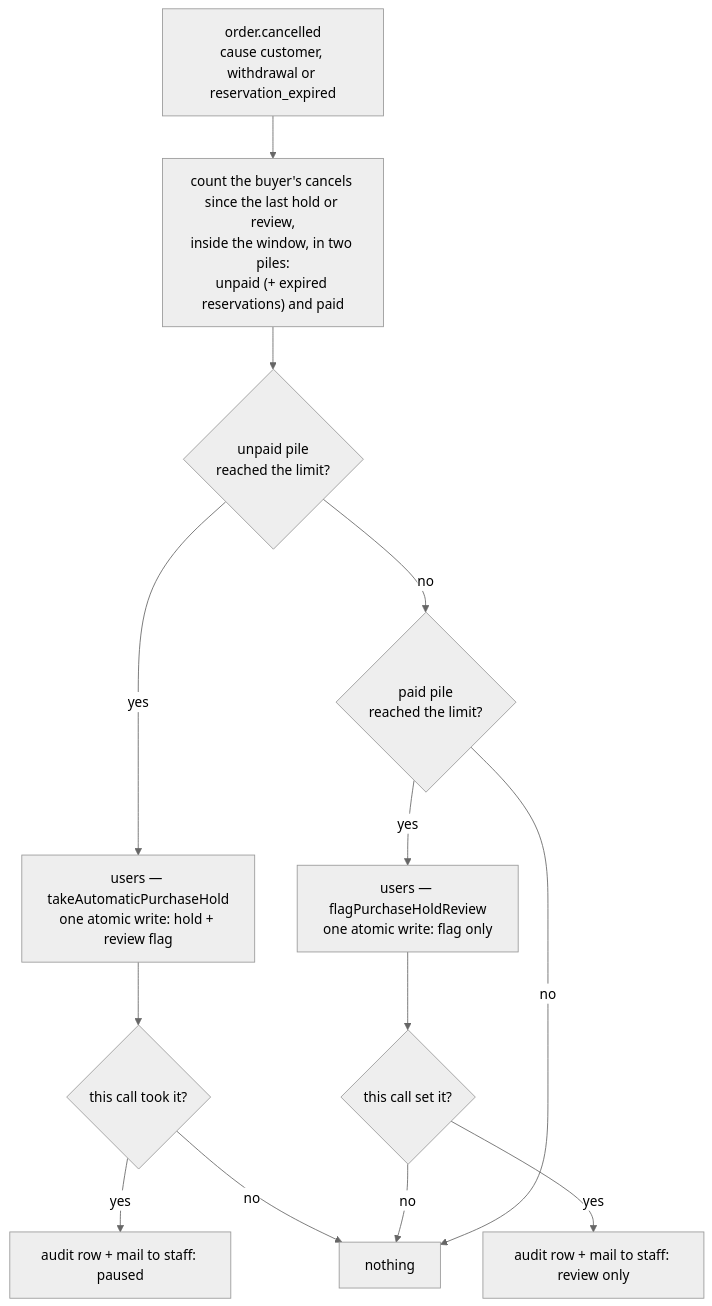
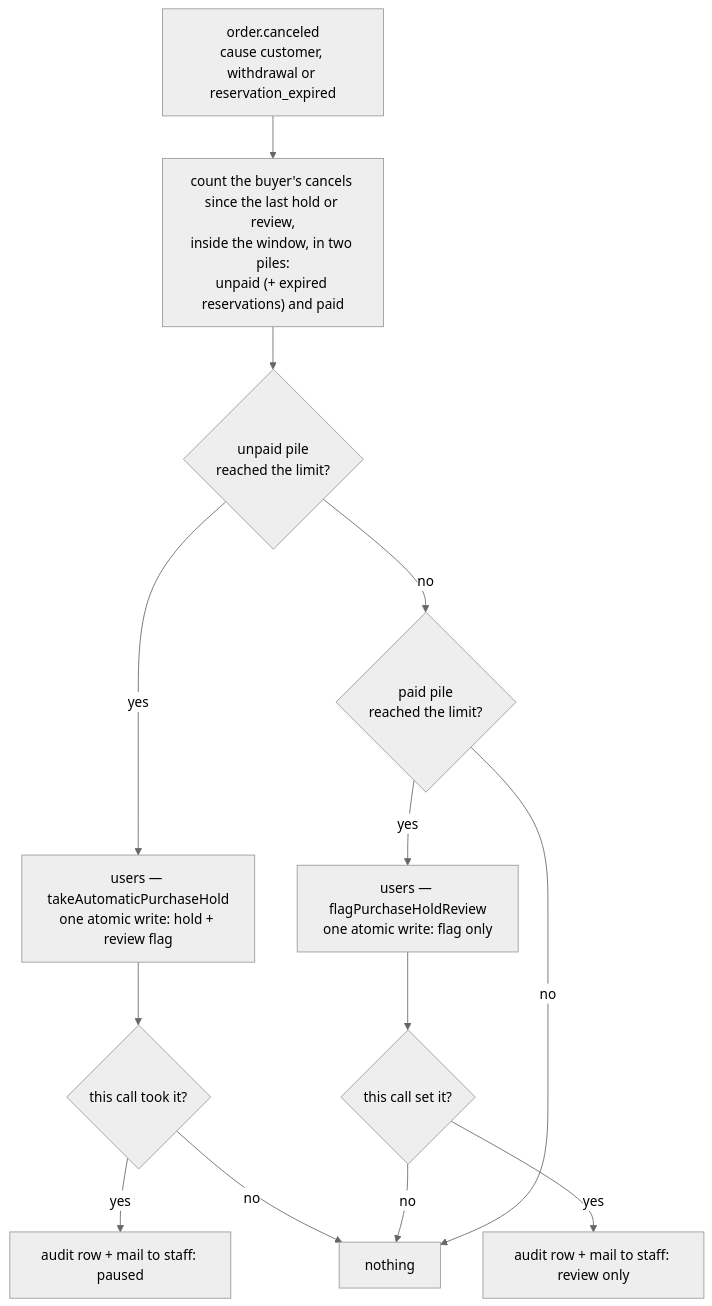
The ninth of 9 diagrams in docs/modules/orders.md (Guebbit/boilerplate-node-backend), drawn with Mermaid (neutral theme) before and after one commit. The commit also changed other lines of this file and 301 other files, not shown here.

````diff
--- a/docs/modules/orders.md
+++ b/docs/modules/orders.md
@@ -726,15 +726,15 @@
 ```mermaid
 flowchart TD
-    cancel["order.cancelled<br/>cause customer, withdrawal or reservation_expired"] --> count["count the buyer's cancels since the last hold or review,<br/>inside the window, in two piles:<br/>unpaid (+ expired reservations) and paid"]
+    cancel["order.canceled<br/>cause customer, withdrawal or reservation_expired"] --> count["count the buyer's cancels since the last hold or review,<br/>inside the window, in two piles:<br/>unpaid (+ expired reservations) and paid"]
     count --> unpaid{"unpaid pile<br/>reached the limit?"}
     unpaid -- yes --> claim["users — takeAutomaticPurchaseHold<br/>one atomic write: hold + review flag"]
     claim --> won{"this call took it?"}
     won -- yes --> notify["audit row + mail to staff: paused"]
     won -- no --> done["nothing"]
     unpaid -- no --> paid{"paid pile<br/>reached the limit?"}
     paid -- yes --> flag["users — flagPurchaseHoldReview<br/>one atomic write: flag only"]
     flag --> flagged{"this call set it?"}
     flagged -- yes --> notify2["audit row + mail to staff: review only"]
     flagged -- no --> done
     paid -- no --> done
 ```
````
